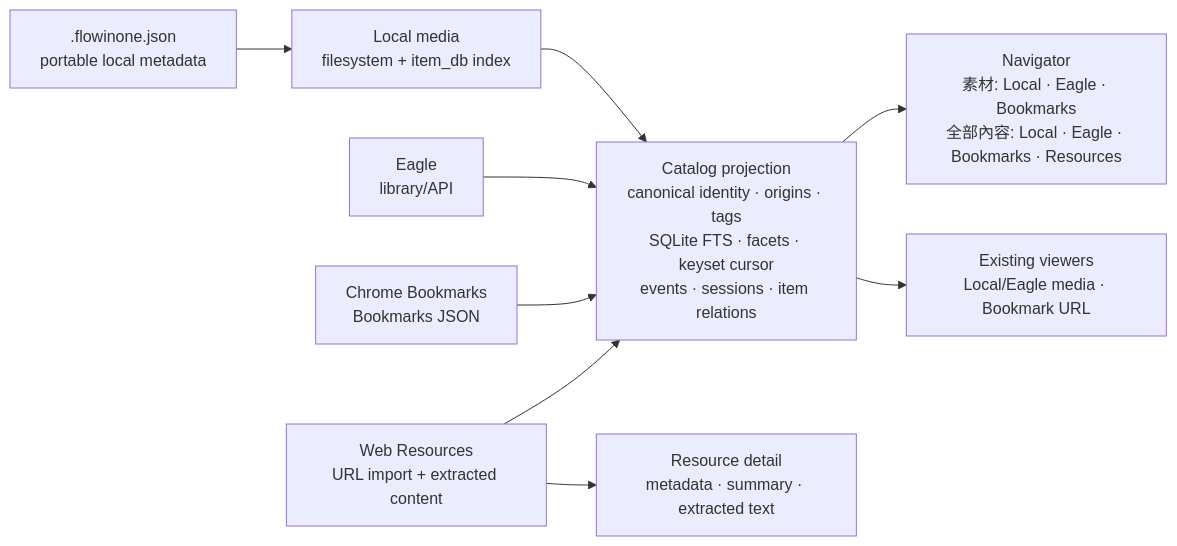
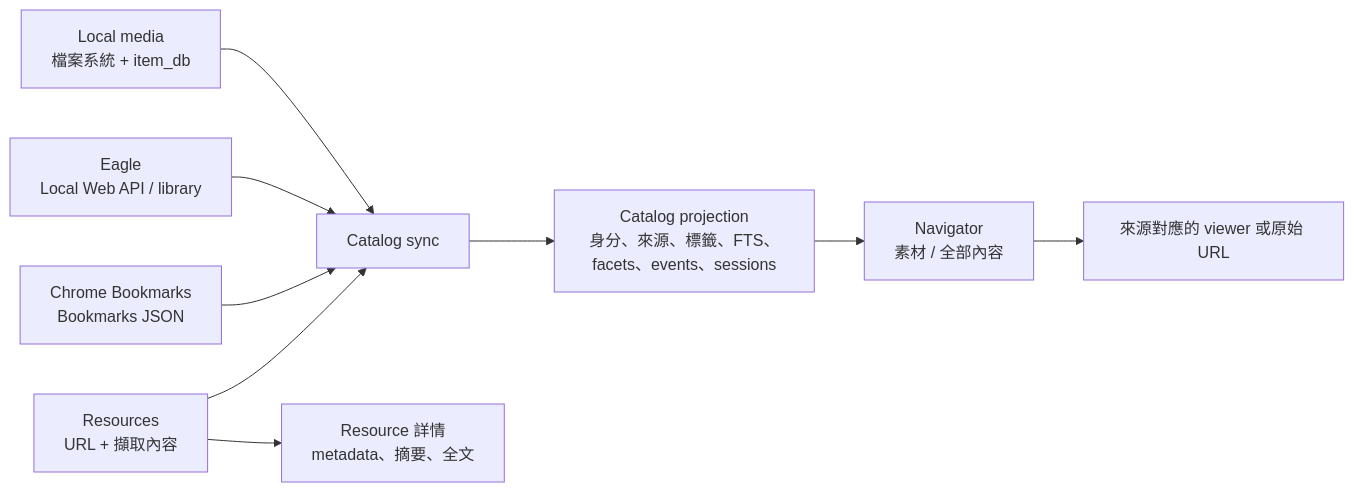
Before and after one commit to vecwise/Flowinone: the first of 3 diagrams in docs/architecture.md, drawn with Mermaid. The commit also changed other lines of this file and 42 other files, not shown here.

````diff
--- a/docs/architecture.md
+++ b/docs/architecture.md
@@ -5,20 +12,16 @@
 ```mermaid
 flowchart LR
-  local["Local media\nfilesystem + item_db index"]
-  eagle["Eagle\nlibrary/API"]
+  local["Local media\n檔案系統 + item_db"]
+  eagle["Eagle\nLocal Web API / library"]
   chrome["Chrome Bookmarks\nBookmarks JSON"]
-  resources["Web Resources\nURL import + extracted content"]
+  urls["Resources\nURL + 擷取內容"]
 
-  local --> catalog
-  eagle --> catalog
-  chrome --> catalog
-  resources --> catalog
-
-  catalog["Catalog projection\ncanonical identity · origins · tags\nSQLite FTS · facets · keyset cursor\nevents · sessions · item relations"]
-
-  catalog --> navigator["Navigator\n素材: Local · Eagle · Bookmarks\n全部內容: Local · Eagle · Bookmarks · Resources"]
-  resources --> resourcepage["Resource detail\nmetadata · summary · extracted text"]
-  catalog --> viewers["Existing viewers\nLocal/Eagle media · Bookmark URL"]
-
-  sidecar[".flowinone.json\nportable local metadata"] --> local
+  local --> sync["Catalog sync"]
+  eagle --> sync
+  chrome --> sync
+  urls --> sync
+  sync --> catalog["Catalog projection\n身分、來源、標籤、FTS、facets、events、sessions"]
+  catalog --> navigator["Navigator\n素材 / 全部內容"]
+  urls --> detail["Resource 詳情\nmetadata、摘要、全文"]
+  navigator --> viewers["來源對應的 viewer 或原始 URL"]
 ```
````
